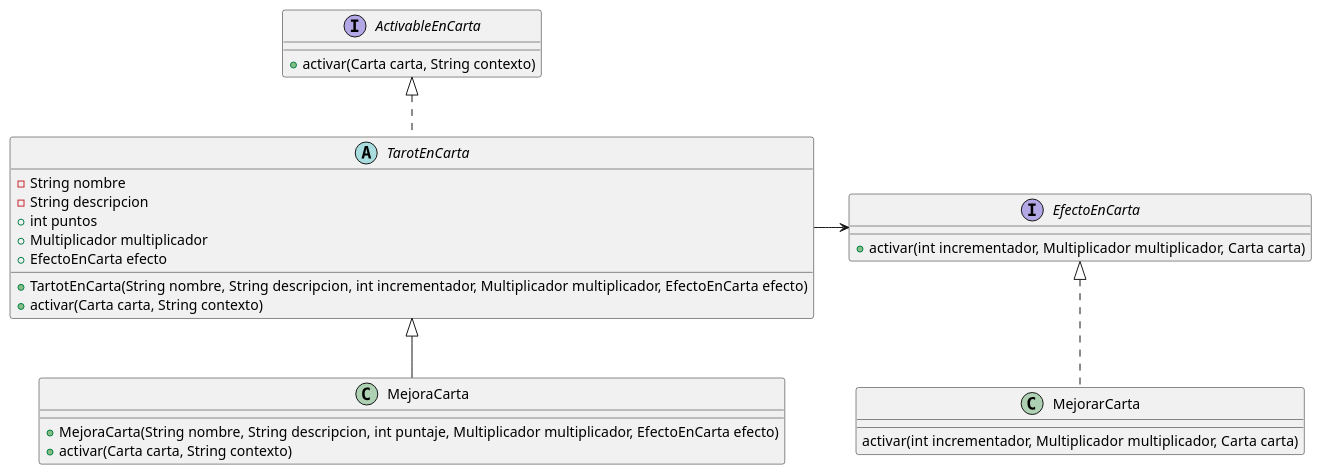
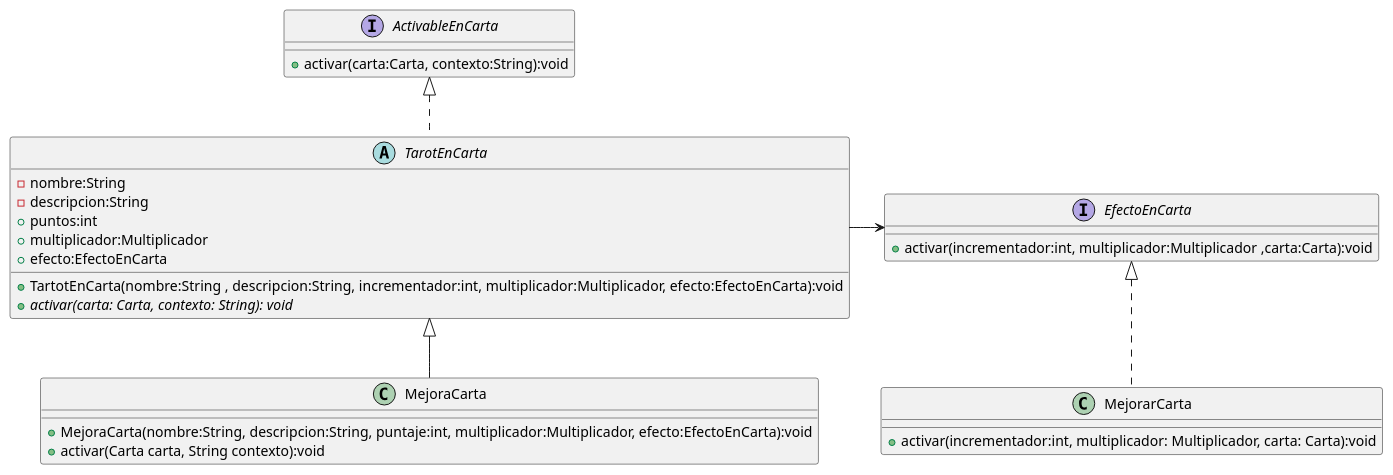
Before and after one commit to Cbonchan/Balatro: the diagram in diagrams/classes/SistemaDeCartas/TarotEnCarta.puml, drawn with PlantUML. The commit also changed 9 other files, not shown here.

Commit message:
Actualizados diagramas de clases

```diff
--- a/diagrams/classes/SistemaDeCartas/TarotEnCarta.puml
+++ b/diagrams/classes/SistemaDeCartas/TarotEnCarta.puml
@@ -1,34 +1,33 @@
 @startuml
 'https://plantuml.com/class-diagram
 
 interface ActivableEnCarta{
-+activar(Carta carta, String contexto)
++activar(carta:Carta, contexto:String):void
 }
 
-abstract class TarotEnCarta implements ActivableEnCarta{
--String nombre
--String descripcion
-+int puntos
-+Multiplicador multiplicador
-+EfectoEnCarta efecto
-
-+TartotEnCarta(String nombre, String descripcion, int incrementador, Multiplicador multiplicador, EfectoEnCarta efecto)
-+activar(Carta carta, String contexto)
-}
+ abstract class TarotEnCarta implements ActivableEnCarta{
+ -nombre:String
+ -descripcion:String
+ +puntos:int
+ +multiplicador:Multiplicador
+ +efecto:EfectoEnCarta
+ +TartotEnCarta(nombre:String , descripcion:String, incrementador:int, multiplicador:Multiplicador, efecto:EfectoEnCarta):void
+ +{abstract}activar(carta: Carta, contexto: String): void
+ }
 
 class MejoraCarta extends TarotEnCarta{
-+MejoraCarta(String nombre, String descripcion, int puntaje, Multiplicador multiplicador, EfectoEnCarta efecto)
-+activar(Carta carta, String contexto)
++MejoraCarta(nombre:String, descripcion:String, puntaje:int, multiplicador:Multiplicador, efecto:EfectoEnCarta):void
++activar(Carta carta, String contexto):void
 }
 
 interface EfectoEnCarta{
-+activar(int incrementador, Multiplicador multiplicador, Carta carta)
++activar(incrementador:int, multiplicador:Multiplicador ,carta:Carta):void
 }
 
 class MejorarCarta implements EfectoEnCarta{
-activar(int incrementador, Multiplicador multiplicador, Carta carta)
++activar(incrementador:int, multiplicador: Multiplicador, carta: Carta):void
 }
 
 TarotEnCarta -> EfectoEnCarta
 
 @enduml
```
